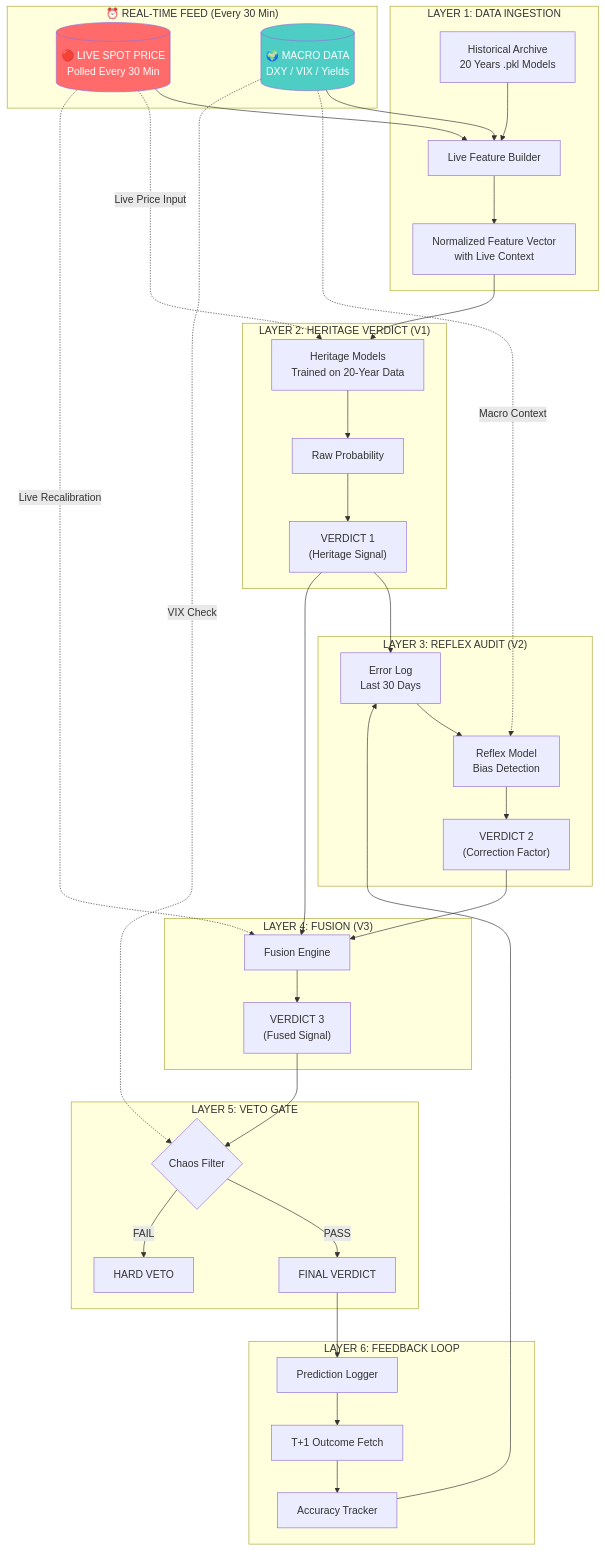
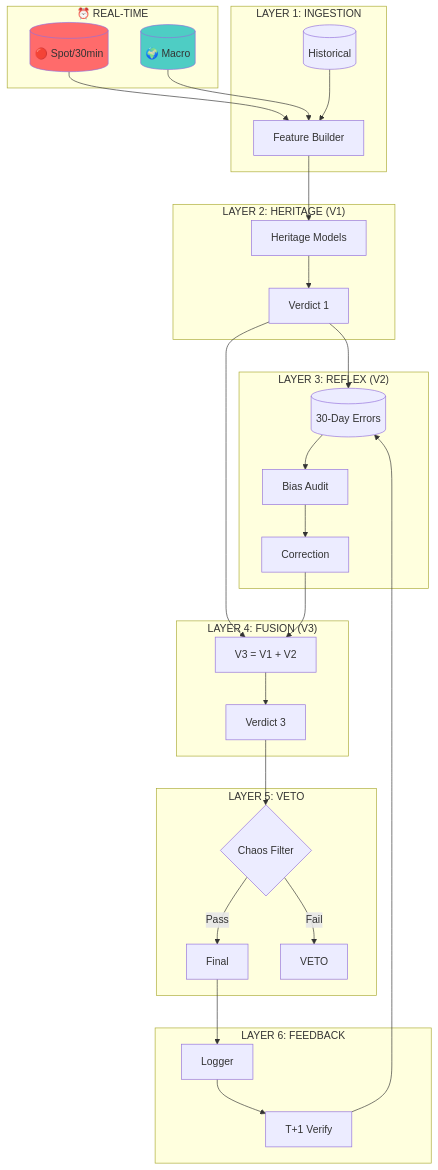
The third of 6 diagrams in README.md (pravindev666/Tradyx-Aleph), drawn with Mermaid before and after one commit. The commit also changed other lines of this file, not shown here.

````diff
--- a/README.md
+++ b/README.md
@@ -11,53 +108,45 @@
 ```mermaid
 flowchart TB
-    subgraph LAYER0["⏰ REAL-TIME FEED (Every 30 Min)"]
-        SPOT[("🔴 LIVE SPOT PRICE<br/>Polled Every 30 Min")]
-        MACRO[("🌍 MACRO DATA<br/>DXY / VIX / Yields")]
+    subgraph L0["⏰ REAL-TIME"]
+        SPOT[("🔴 Spot/30min")]
+        MACRO[("🌍 Macro")]
     end
 
-    subgraph LAYER1["LAYER 1: DATA INGESTION"]
-        A1[Historical Archive<br/>20 Years .pkl Models]
-        SPOT --> B1[Live Feature Builder]
-        MACRO --> B1
-        A1 --> B1
-        B1 --> C1[Normalized Feature Vector<br/>with Live Context]
+    subgraph L1["LAYER 1: INGESTION"]
+        SPOT --> FEAT[Feature Builder]
+        MACRO --> FEAT
+        HIST[(Historical)] --> FEAT
     end
 
-    subgraph LAYER2["LAYER 2: HERITAGE VERDICT (V1)"]
-        C1 --> E1[Heritage Models<br/>Trained on 20-Year Data]
-        SPOT -.->|"Live Price Input"| E1
-        E1 --> F1[Raw Probability]
-        F1 --> G1["VERDICT 1<br/>(Heritage Signal)"]
+    subgraph L2["LAYER 2: HERITAGE (V1)"]
+        FEAT --> MODELS[Heritage Models]
+        MODELS --> V1[Verdict 1]
     end
 
-    subgraph LAYER3["LAYER 3: REFLEX AUDIT (V2)"]
-        G1 --> H1[Error Log<br/>Last 30 Days]
-        H1 --> I1[Reflex Model<br/>Bias Detection]
-        MACRO -.->|"Macro Context"| I1
-        I1 --> J1["VERDICT 2<br/>(Correction Factor)"]
+    subgraph L3["LAYER 3: REFLEX (V2)"]
+        V1 --> ERRORS[(30-Day Errors)]
+        ERRORS --> AUDIT[Bias Audit]
+        AUDIT --> V2[Correction]
     end
 
-    subgraph LAYER4["LAYER 4: FUSION (V3)"]
-        G1 --> K1[Fusion Engine]
-        J1 --> K1
-        SPOT -.->|"Live Recalibration"| K1
-        K1 --> L1["VERDICT 3<br/>(Fused Signal)"]
+    subgraph L4["LAYER 4: FUSION (V3)"]
+        V1 --> FUSE["V3 = V1 + V2"]
+        V2 --> FUSE
+        FUSE --> V3[Verdict 3]
     end
 
-    subgraph LAYER5["LAYER 5: VETO GATE"]
-        L1 --> M1{Chaos Filter}
-        MACRO -.->|"VIX Check"| M1
-        M1 -->|PASS| N1[FINAL VERDICT]
-        M1 -->|FAIL| O1[HARD VETO]
+    subgraph L5["LAYER 5: VETO"]
+        V3 --> CHAOS{Chaos Filter}
+        CHAOS -->|Pass| FINAL[Final]
+        CHAOS -->|Fail| VETO[VETO]
     end
 
-    subgraph LAYER6["LAYER 6: FEEDBACK LOOP"]
-        N1 --> P1[Prediction Logger]
-        P1 --> Q1[T+1 Outcome Fetch]
-        Q1 --> R1[Accuracy Tracker]
-        R1 --> H1
+    subgraph L6["LAYER 6: FEEDBACK"]
+        FINAL --> LOGGER[Logger]
+        LOGGER --> VERIFY[T+1 Verify]
+        VERIFY --> ERRORS
     end
 
-    style SPOT fill:#ff6b6b,color:#fff
-    style MACRO fill:#4ecdc4,color:#fff
+    style SPOT fill:#ff6b6b
+    style MACRO fill:#4ecdc4
 ```
````
